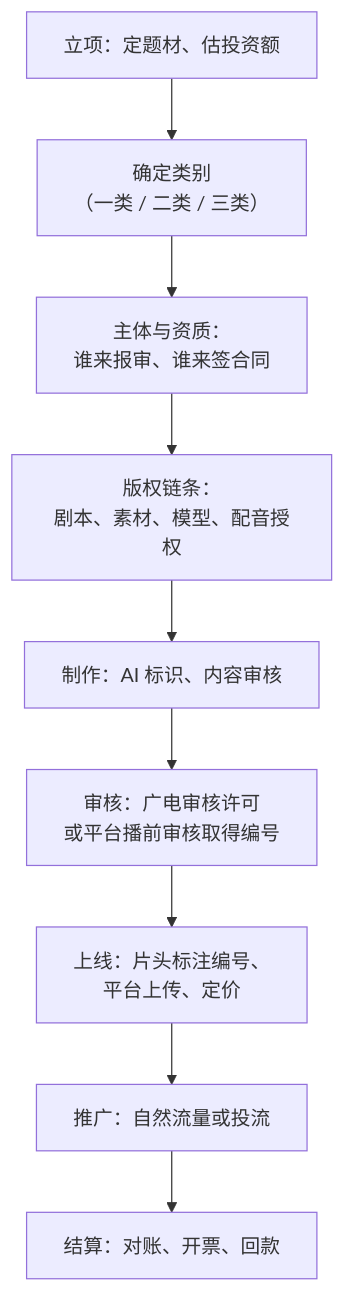
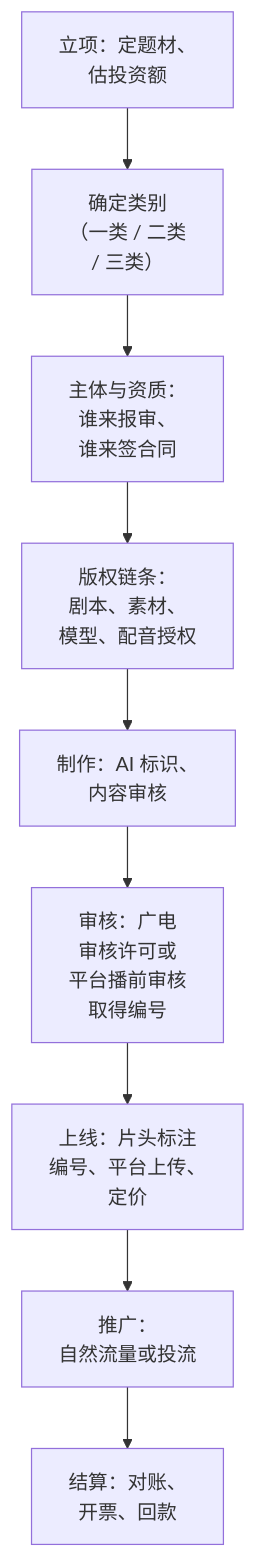
The second of 2 diagrams in books/drama-distribution/01-landscape.md (jarvis-pro/hatch-shelf), drawn with Mermaid before and after one commit. The commit also changed other lines of this file and 432 other files, not shown here.

````diff
--- a/books/drama-distribution/01-landscape.md
+++ b/books/drama-distribution/01-landscape.md
@@ -117,11 +122,11 @@
 ```mermaid
 flowchart TD
-  A["立项：定题材、估投资额"] --> B["确定类别<br/>（一类 / 二类 / 三类）"]
-  B --> C["主体与资质：<br/>谁来报审、谁来签合同"]
-  C --> D["版权链条：<br/>剧本、素材、模型、配音授权"]
-  D --> E["制作：AI 标识、内容审核"]
-  E --> F["审核：广电审核许可<br/>或平台播前审核取得编号"]
-  F --> G["上线：片头标注编号、<br/>平台上传、定价"]
-  G --> H["推广：自然流量或投流"]
-  H --> I["结算：对账、开票、回款"]
+  A["立项：定题材、<br/>估投资额"] --> B["确定类别<br/>（一类 / 二类<br/>/ 三类）"]
+  B --> C["主体与资质：<br/>谁来报审、<br/>谁来签合同"]
+  C --> D["版权链条：<br/>剧本、素材、<br/>模型、配音授权"]
+  D --> E["制作：AI 标识、<br/>内容审核"]
+  E --> F["审核：广电<br/>审核许可或<br/>平台播前审核<br/>取得编号"]
+  F --> G["上线：片头标注<br/>编号、平台上传、<br/>定价"]
+  G --> H["推广：<br/>自然流量或投流"]
+  H --> I["结算：对账、<br/>开票、回款"]
 ```
````
